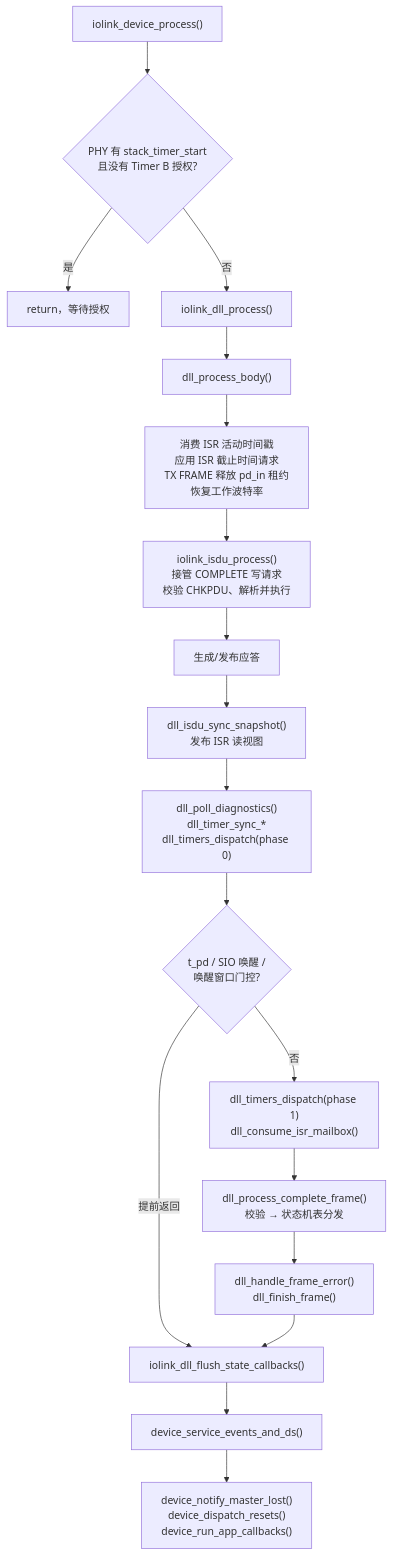
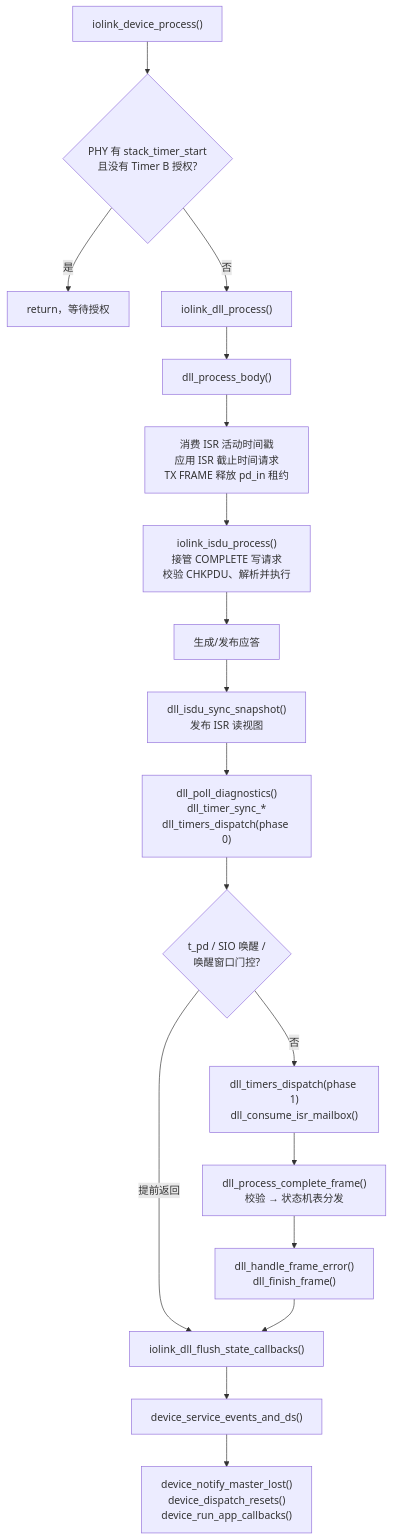
One commit to Adlyq/iolinki changed the fifth of 17 diagrams in docs/CODE_FLOW.md. Above: the diagram before and after it, drawn with Mermaid. The commit also changed other lines of this file and 2 other files, not shown here.

````diff
--- a/docs/CODE_FLOW.md
+++ b/docs/CODE_FLOW.md
@@ -324,20 +324,20 @@
 ```mermaid
 flowchart TD
     A["iolink_device_process()"] --> B{"PHY 有 stack_timer_start<br/>且没有 Timer B 授权?"}
     B -- 是 --> Z["return，等待授权"]
     B -- 否 --> C["iolink_dll_process()"]
     C --> C1["dll_process_body()"]
-    C1 --> C2["消费 ISR 活动时间戳<br/>应用 ISR 截止时间请求<br/>TX FRAME 释放 pd_in 租约<br/>恢复工作波特率"]
+    C1 --> C2["消费 ISR 活动时间戳<br/>应用 ISR 截止时间请求<br/>TX FRAME 释放 pd_in 租约"]
     C2 --> D["iolink_isdu_process()<br/>接管 COMPLETE 写请求<br/>校验 CHKPDU、解析并执行"]
     D --> E["生成/发布应答"]
     E --> F["dll_isdu_sync_snapshot()<br/>发布 ISR 读视图"]
     F --> G["dll_poll_diagnostics()<br/>dll_timer_sync_*<br/>dll_timers_dispatch(phase 0)"]
     G --> G1{"t_pd / SIO 唤醒 /<br/>唤醒窗口门控?"}
     G1 -- 提前返回 --> H
     G1 -- 否 --> G2["dll_timers_dispatch(phase 1)<br/>dll_consume_isr_mailbox()"]
     G2 --> K["dll_process_complete_frame()<br/>校验 → 状态机表分发"]
     K --> K1["dll_handle_frame_error()<br/>dll_finish_frame()"]
     K1 --> H["iolink_dll_flush_state_callbacks()"]
     H --> L["device_service_events_and_ds()"]
     L --> M["device_notify_master_lost()<br/>device_dispatch_resets()<br/>device_run_app_callbacks()"]
 ```
````
